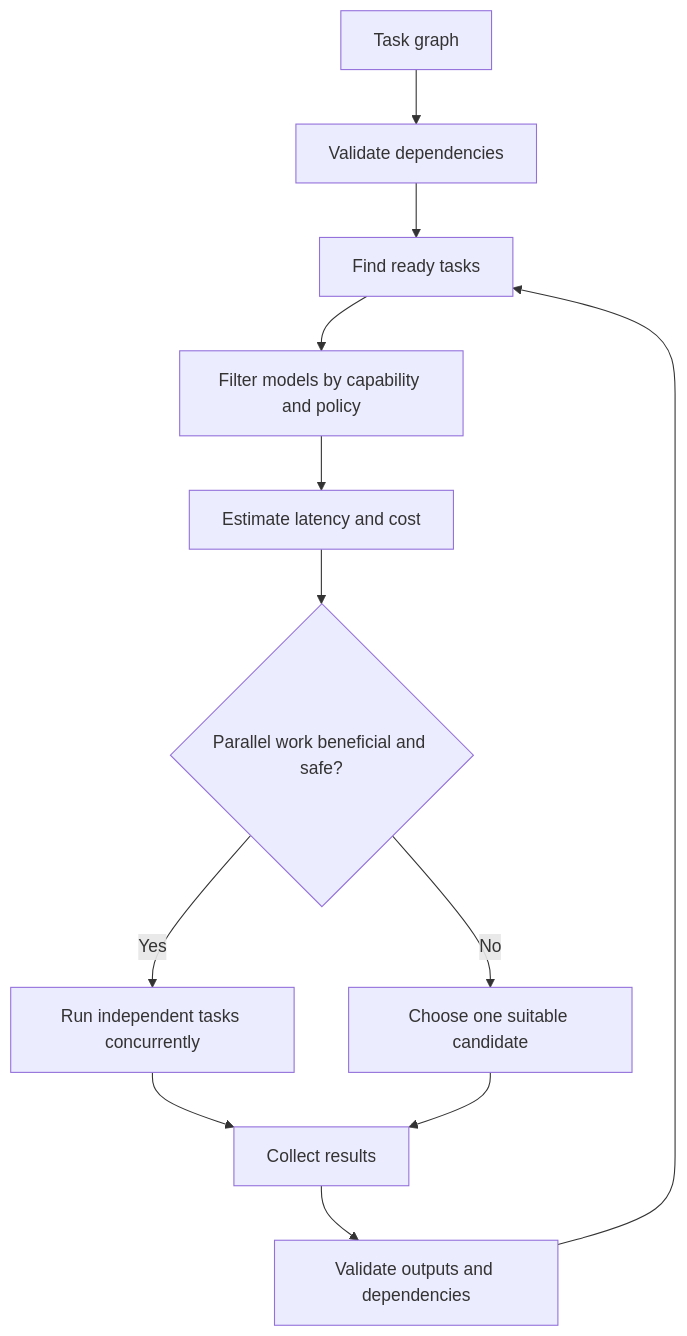
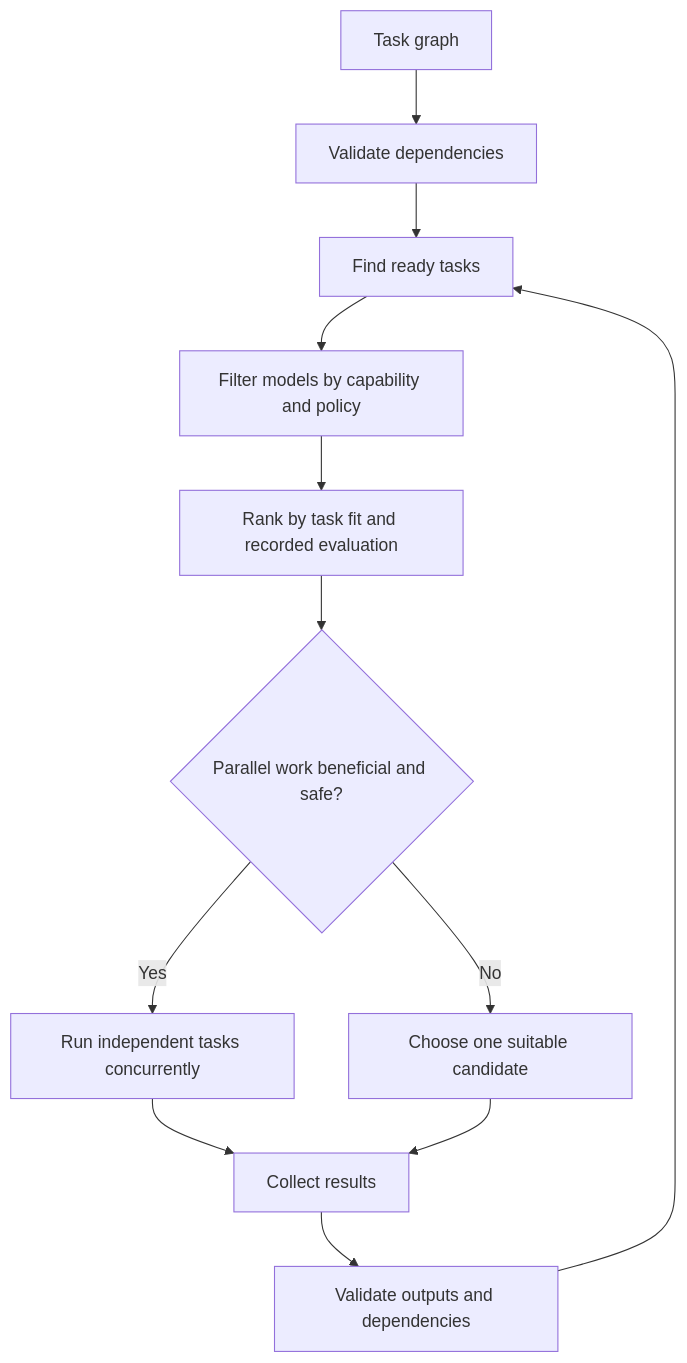
The diagram in docs/routing-and-parallelism.md (NotY215/AIFIAR), drawn with Mermaid before and after one commit. The commit also changed other lines of this file, not shown here.

Commit message:
Document measured-quality routing and evaluation constraints

````diff
--- a/docs/routing-and-parallelism.md
+++ b/docs/routing-and-parallelism.md
@@ -3,14 +3,14 @@
 ```mermaid
 flowchart TD
  A[Task graph] --> B[Validate dependencies]
  B --> C[Find ready tasks]
  C --> D[Filter models by capability and policy]
- D --> E[Estimate latency and cost]
+ D --> E[Rank by task fit and recorded evaluation]
  E --> F{Parallel work beneficial and safe?}
  F -->|Yes| G[Run independent tasks concurrently]
  F -->|No| H[Choose one suitable candidate]
  G --> I[Collect results]
  H --> I
  I --> J[Validate outputs and dependencies]
  J --> C
 ```
````
